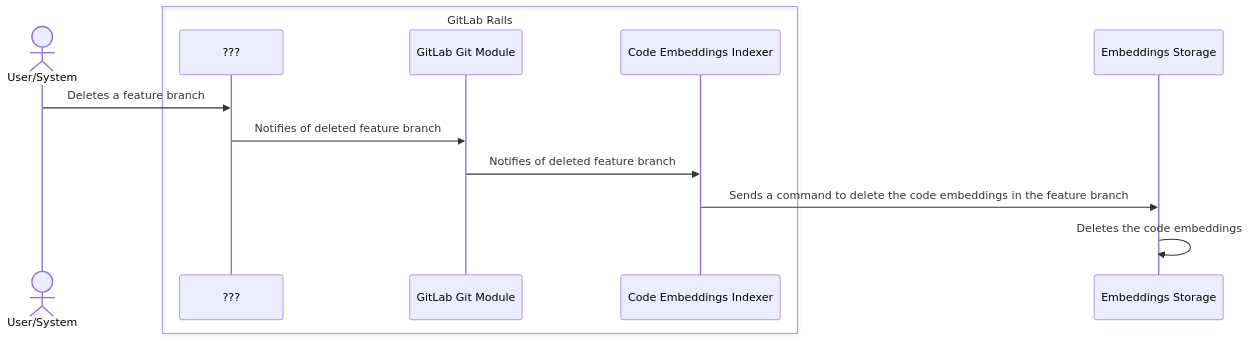
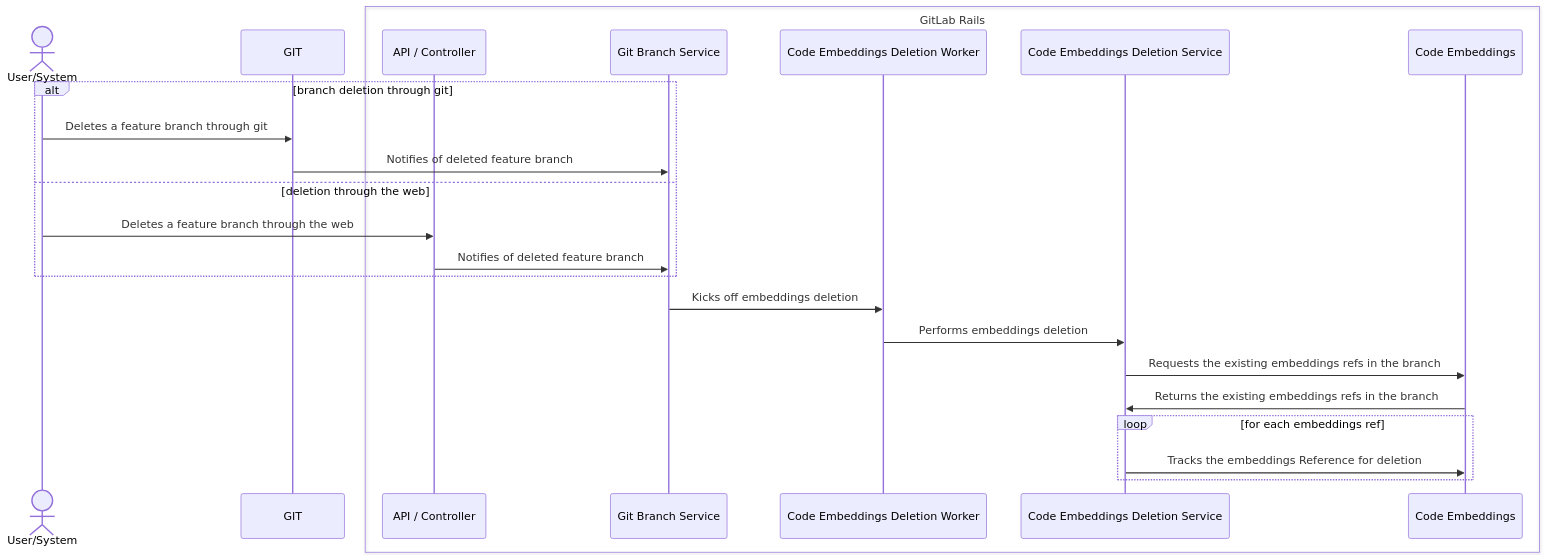
One commit to zalyoung/gitlab-handbook changed the second of 4 diagrams in content/handbook/engineering/architecture/design-documents/codebase_as_chat_context/_index.md. Above: the diagram before and after it, drawn with Mermaid. The commit also changed other lines of this file, not shown here.

First line of the commit message:
Update diagrams for clarity

````diff
--- a/content/handbook/engineering/architecture/design-documents/codebase_as_chat_context/_index.md
+++ b/content/handbook/engineering/architecture/design-documents/codebase_as_chat_context/_index.md
@@ -177,16 +161,27 @@
 ```mermaid
 sequenceDiagram
     actor USR as User/System
+    participant GIT as GIT
     box GitLab Rails
-      participant ABC as ???
-      participant GLRGIT as GitLab Git Module
-      participant CEI as Code Embeddings Indexer
+      participant GLRAPI as API / Controller
+      participant GLRGBR as Git Branch Service
+      participant CEDW as Code Embeddings Deletion Worker
+      participant CEDS as Code Embeddings Deletion Service
+      participant CE as Code Embeddings
     end
-    participant STOR as Embeddings Storage
 
-    USR->>ABC: Deletes a feature branch
-    ABC->>GLRGIT: Notifies of deleted feature branch
-    GLRGIT->>CEI: Notifies of deleted feature branch
-    CEI->>STOR: Sends a command to delete the code embeddings in the feature branch
-    STOR->>STOR: Deletes the code embeddings
+    alt branch deletion through git
+      USR->>GIT: Deletes a feature branch through git
+      GIT->>GLRGBR: Notifies of deleted feature branch
+    else deletion through the web
+      USR->>GLRAPI: Deletes a feature branch through the web
+      GLRAPI->>GLRGBR: Notifies of deleted feature branch
+    end
+    GLRGBR->>CEDW: Kicks off embeddings deletion
+    CEDW->>CEDS: Performs embeddings deletion
+    CEDS->>CE: Requests the existing embeddings refs in the branch
+    CE->>CEDS: Returns the existing embeddings refs in the branch
+    loop for each embeddings ref
+      CEDS->>CE: Tracks the embeddings Reference for deletion
+    end
 ```
````
